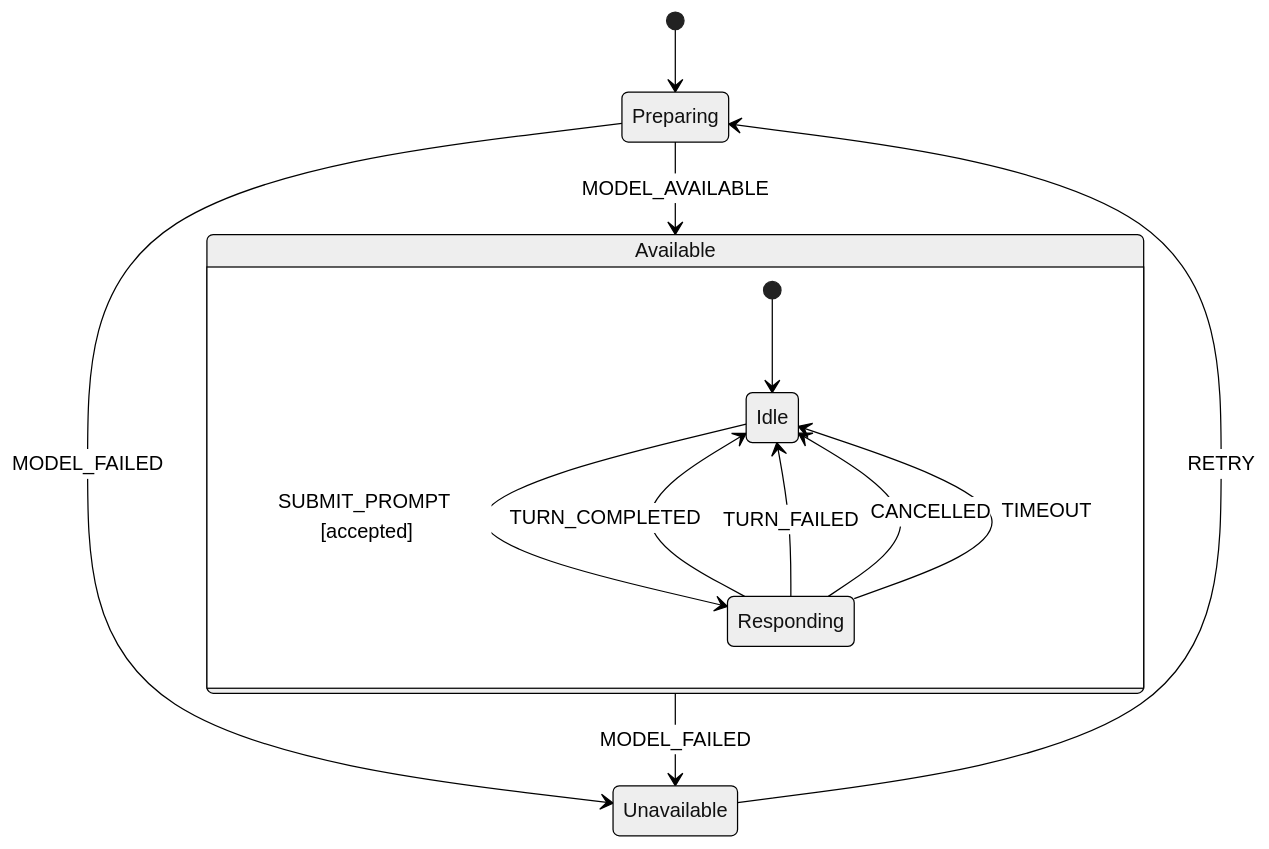
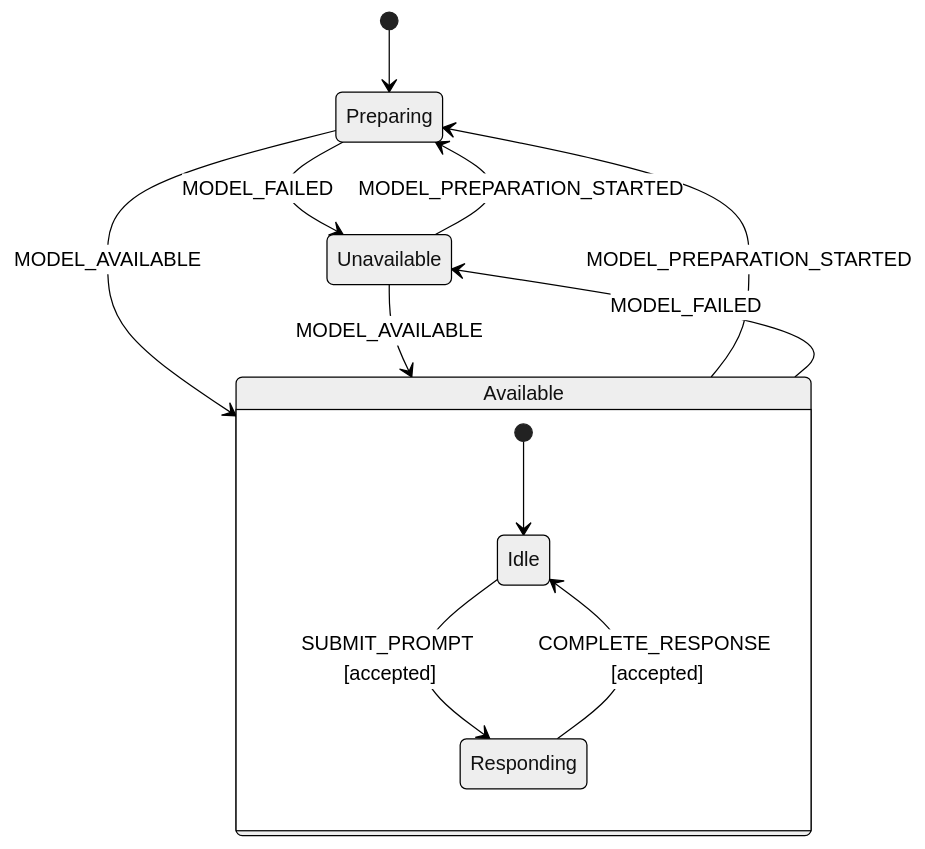
Before and after one commit to 0xjcf/ignite-element: the first of 4 diagrams in examples/agents/voice-workbench/README.md, drawn with Mermaid (neutral theme). The commit also changed other lines of this file and 1 other file, not shown here.

````diff
--- a/examples/agents/voice-workbench/README.md
+++ b/examples/agents/voice-workbench/README.md
@@ -302,18 +301,17 @@
 ```mermaid
 stateDiagram-v2
     [*] --> Preparing
     Preparing --> Available: MODEL_AVAILABLE
     Preparing --> Unavailable: MODEL_FAILED
-    Unavailable --> Preparing: RETRY
+    Unavailable --> Preparing: MODEL_PREPARATION_STARTED
+    Unavailable --> Available: MODEL_AVAILABLE
 
     state Available {
         [*] --> Idle
         Idle --> Responding: SUBMIT_PROMPT [accepted]
-        Responding --> Idle: TURN_COMPLETED
-        Responding --> Idle: TURN_FAILED
-        Responding --> Idle: CANCELLED
-        Responding --> Idle: TIMEOUT
+        Responding --> Idle: COMPLETE_RESPONSE [accepted]
     }
 
+    Available --> Preparing: MODEL_PREPARATION_STARTED
     Available --> Unavailable: MODEL_FAILED
 ```
````
